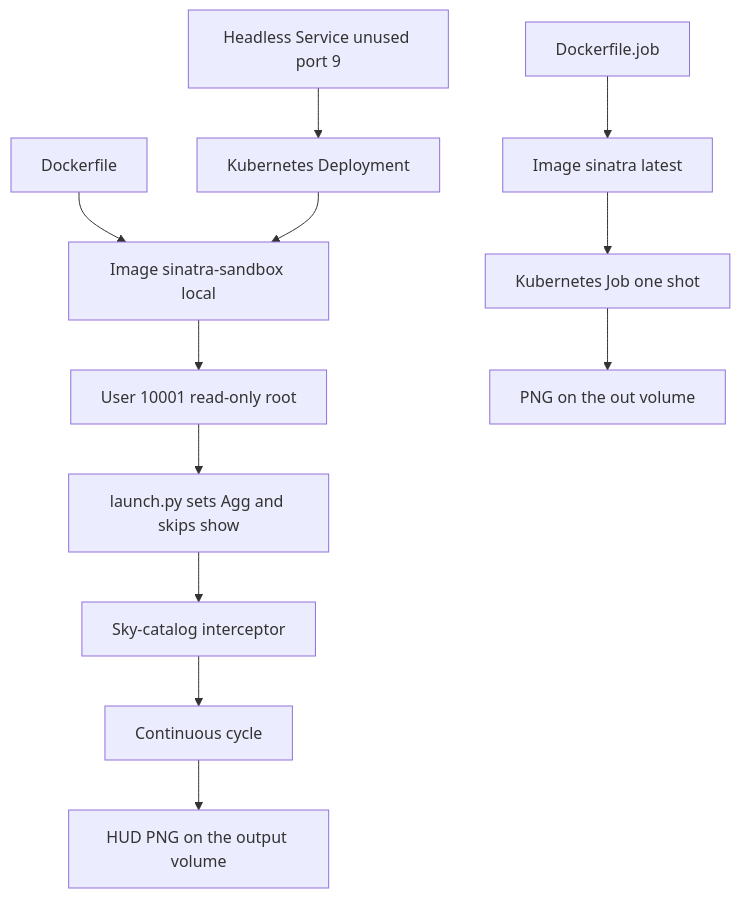
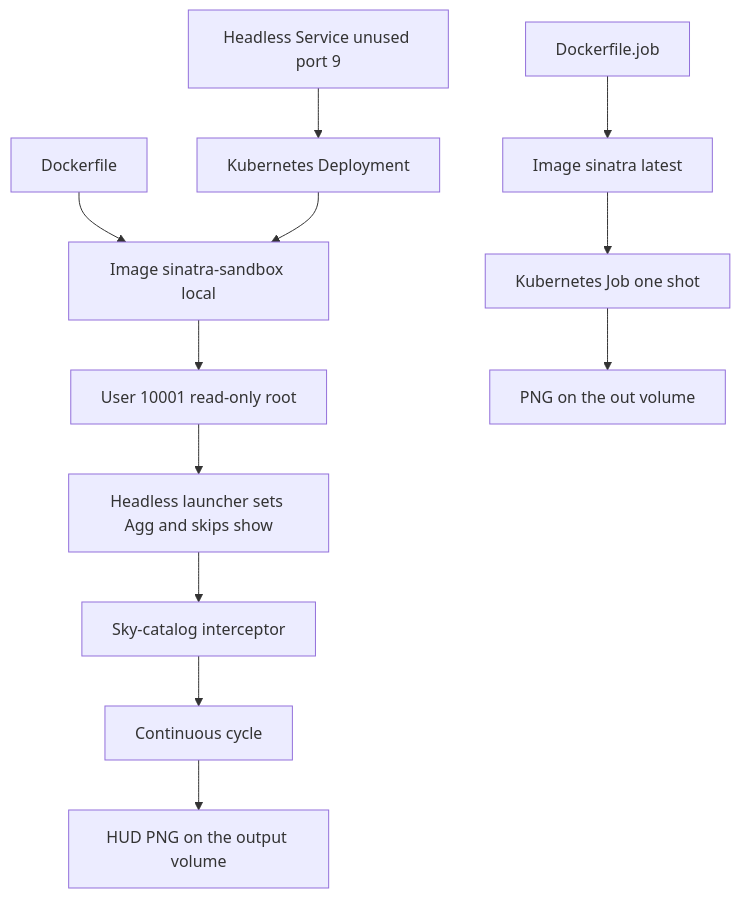
The diagram in diagrams/deployment.mmd (code4johnm/sinatra_audit), drawn with Mermaid before and after one commit. The commit also changed 6 other files, not shown here.

First line of the commit message:
Render audit equations as Unicode and repair diagrams.

```diff
--- a/diagrams/deployment.mmd
+++ b/diagrams/deployment.mmd
@@ -1,26 +1,26 @@
 graph TD
   docker[Dockerfile]
   image[Image sinatra-sandbox local]
   user[User 10001 read-only root]
-  launch[launch.py sets Agg and skips show]
+  launch[Headless launcher sets Agg and skips show]
   script[Sky-catalog interceptor]
   loop[Continuous cycle]
   png[HUD PNG on the output volume]
   dep[Kubernetes Deployment]
   svc[Headless Service unused port 9]
   jobfile[Dockerfile.job]
   jobimg[Image sinatra latest]
   job[Kubernetes Job one shot]
   outvol[PNG on the out volume]
 
   docker --> image
   image --> user
   user --> launch
   launch --> script
   script --> loop
   loop --> png
   dep --> image
   svc --> dep
   jobfile --> jobimg
   jobimg --> job
   job --> outvol
```
